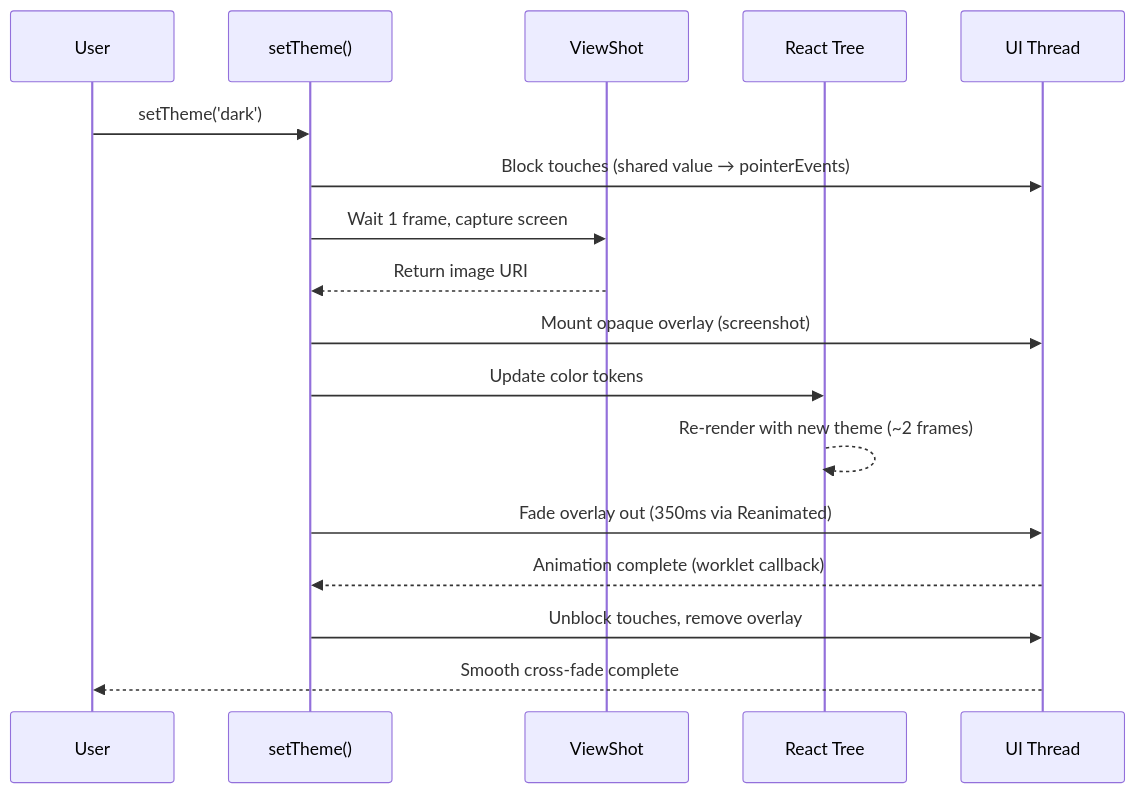
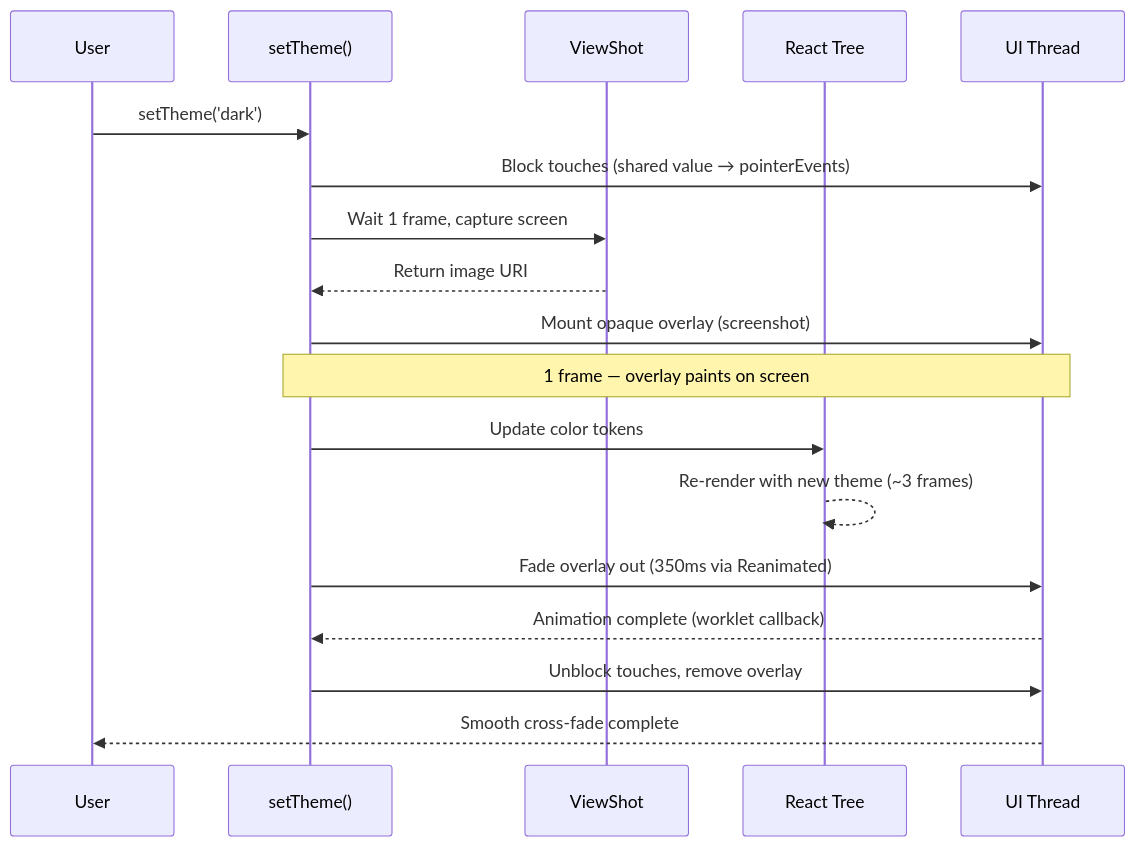
The diagram in docs/how-it-works.md (marioprieta/react-native-theme-transition), drawn with Mermaid before and after one commit. The commit also changed other lines of this file and 13 other files, not shown here.

````diff
--- a/docs/how-it-works.md
+++ b/docs/how-it-works.md
@@ -5,20 +5,21 @@
 ```mermaid
 sequenceDiagram
     participant User
     participant Hook as setTheme()
     participant Shot as ViewShot
     participant React as React Tree
     participant UI as UI Thread
 
     User->>Hook: setTheme('dark')
     Hook->>UI: Block touches (shared value → pointerEvents)
     Hook->>Shot: Wait 1 frame, capture screen
     Shot-->>Hook: Return image URI
     Hook->>UI: Mount opaque overlay (screenshot)
+    Note over Hook,UI: 1 frame — overlay paints on screen
     Hook->>React: Update color tokens
-    React-->>React: Re-render with new theme (~2 frames)
+    React-->>React: Re-render with new theme (~3 frames)
     Hook->>UI: Fade overlay out (350ms via Reanimated)
     UI-->>Hook: Animation complete (worklet callback)
     Hook->>UI: Unblock touches, remove overlay
     UI-->>User: Smooth cross-fade complete
 ```
````
